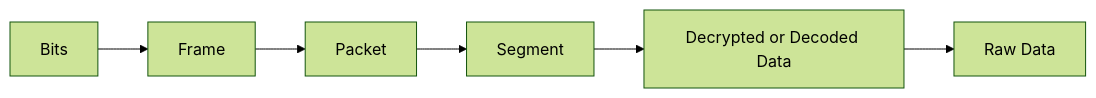
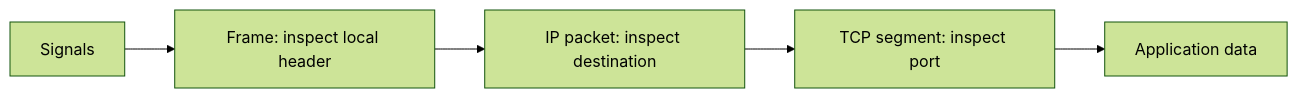
The fifth of 11 diagrams in computer-network/02-network-models/network-models.md (vanshbaranwal/backend-projects), drawn with Mermaid (forest theme) before and after one commit. The commit also changed other lines of this file and 2 other files, not shown here.

Commit message:
docs(networking): refine notes, analogies, and diagrams

````diff
--- a/computer-network/02-network-models/network-models.md
+++ b/computer-network/02-network-models/network-models.md
@@ -200,8 +230,7 @@
 ```mermaid
 flowchart LR
-    A[Bits] --> B[Frame]
-    B --> C[Packet]
-    C --> D[Segment]
-    D --> E[Decrypted or Decoded Data]
-    E --> F[Raw Data]
+    A[Signals] --> B[Frame: inspect local header]
+    B --> C[IP packet: inspect destination]
+    C --> D[TCP segment: inspect port]
+    D --> E[Application data]
 ```
````
